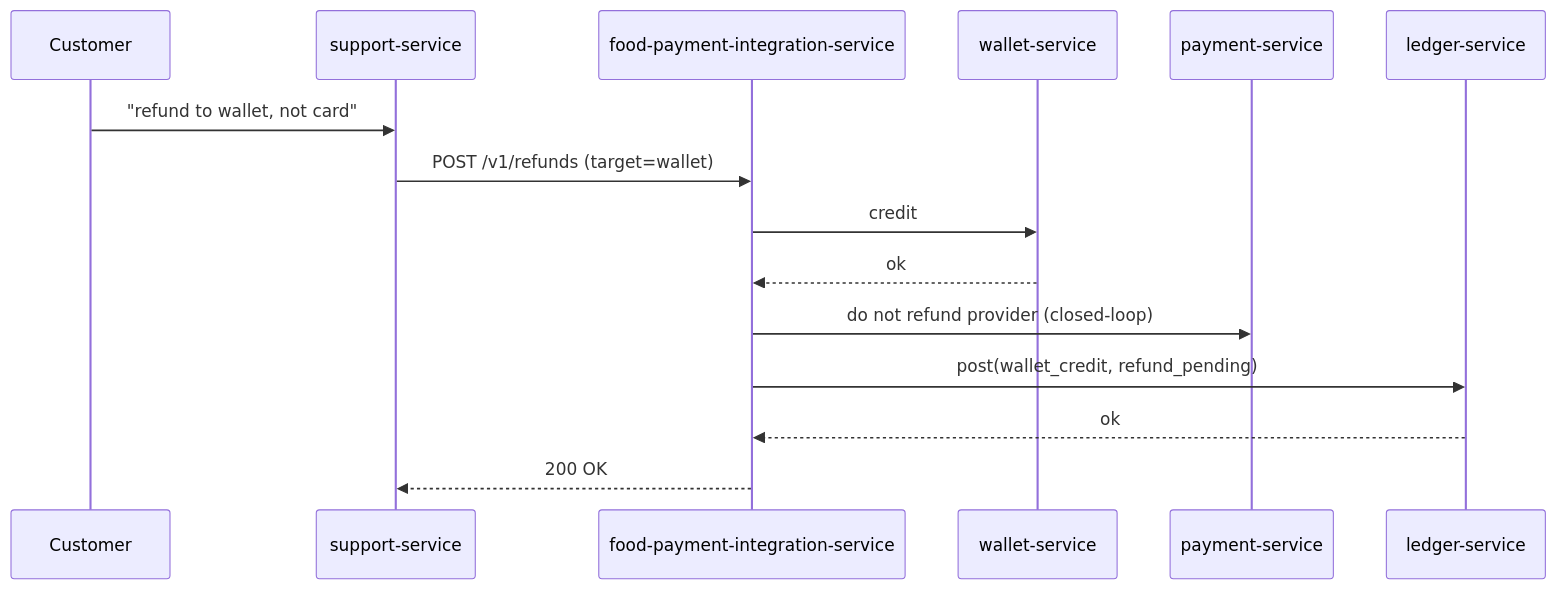
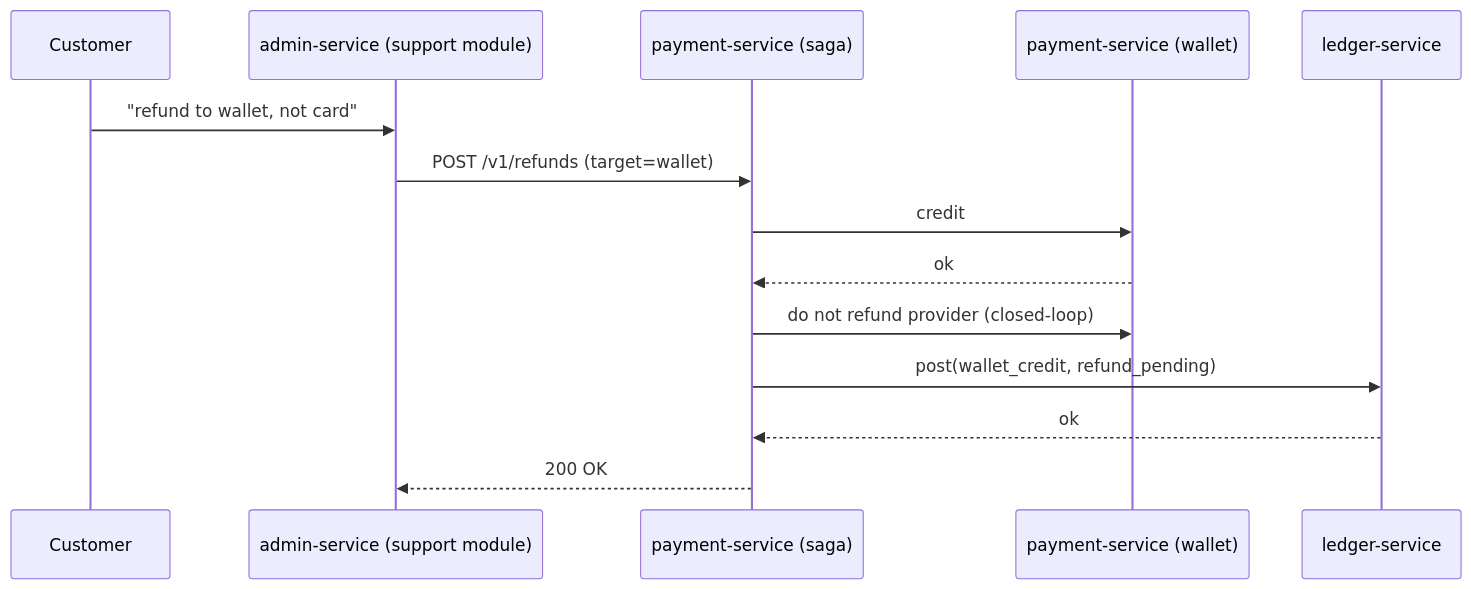
Before and after one commit to mohamedhabibwork/trips-enjoy-docs: the fourth of 6 diagrams in docs/workflows/REFUND_WORKFLOWS.md, drawn with Mermaid. The commit also changed other lines of this file and 525 other files, not shown here.

````diff
--- a/docs/workflows/REFUND_WORKFLOWS.md
+++ b/docs/workflows/REFUND_WORKFLOWS.md
@@ -96,18 +99,17 @@
 ```mermaid
 sequenceDiagram
     participant C as Customer
-    participant SUP as support-service
-    participant FPI as food-payment-integration-service
-    participant WLT as wallet-service
-    participant PAY as payment-service
+    participant ADM as admin-service (support module)
+    participant SAGA as payment-service (saga)
+    participant PAY as payment-service (wallet)
     participant LD as ledger-service
 
-    C->>SUP: "refund to wallet, not card"
-    SUP->>FPI: POST /v1/refunds (target=wallet)
-    FPI->>WLT: credit
-    WLT-->>FPI: ok
-    FPI->>PAY: do not refund provider (closed-loop)
-    FPI->>LD: post(wallet_credit, refund_pending)
-    LD-->>FPI: ok
-    FPI-->>SUP: 200 OK
+    C->>ADM: "refund to wallet, not card"
+    ADM->>SAGA: POST /v1/refunds (target=wallet)
+    SAGA->>PAY: credit
+    PAY-->>SAGA: ok
+    SAGA->>PAY: do not refund provider (closed-loop)
+    SAGA->>LD: post(wallet_credit, refund_pending)
+    LD-->>SAGA: ok
+    SAGA-->>ADM: 200 OK
 ```
````
